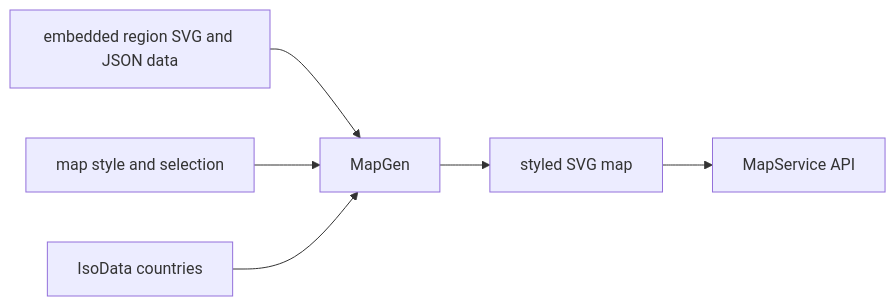
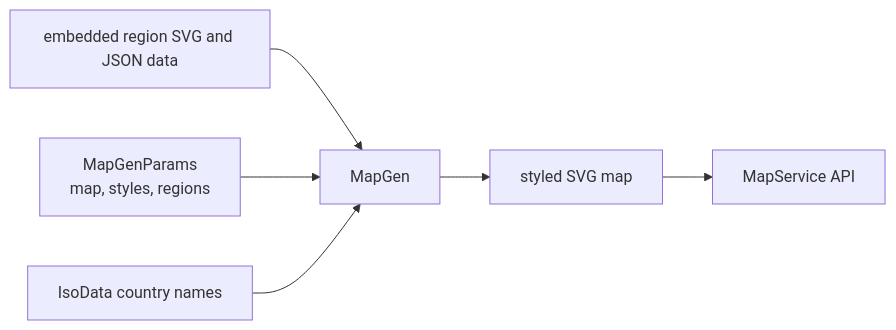
The diagram in SysWeaver.Map/README.md (dosh1974/SysWeaver), drawn with Mermaid before and after one commit. The commit also changed other lines of this file and 532 other files, not shown here.

````diff
--- a/SysWeaver.Map/README.md
+++ b/SysWeaver.Map/README.md
@@ -18,8 +18,8 @@
 ```mermaid
 flowchart LR
   Data["embedded region SVG and JSON data"] --> Gen["MapGen"]
-  Style["map style and selection"] --> Gen
-  Iso["IsoData countries"] --> Gen
+  Style["MapGenParams<br/>map, styles, regions"] --> Gen
+  Iso["IsoData country names"] --> Gen
   Gen --> Svg["styled SVG map"]
   Svg --> Svc["MapService API"]
 ```
````
